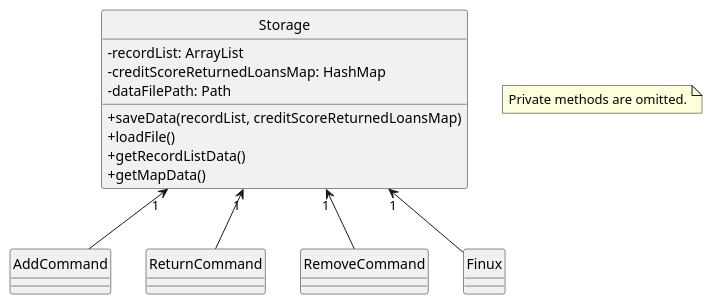
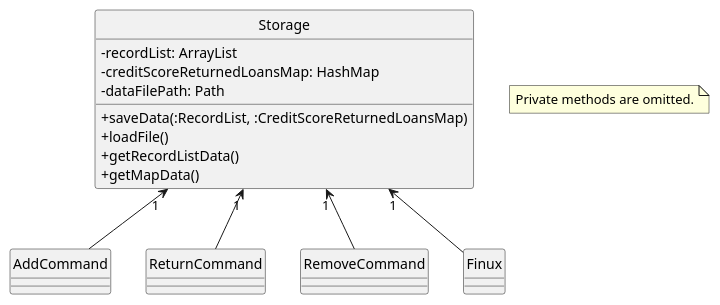
The diagram in docs/diagrams/StorageClassDiagram.puml (nus-cs2113-AY2021S2/tp), drawn with PlantUML before and after one commit. The commit also changed 4 other files, not shown here.

Commit message:
Updated UML diagrams and PPP

```diff
--- a/docs/diagrams/StorageClassDiagram.puml
+++ b/docs/diagrams/StorageClassDiagram.puml
@@ -1,32 +1,32 @@
 @startuml
 'https://plantuml.com/sequence-diagram
 skinparam classAttributeIconSize 0
 hide circle
 
 
 class Storage {
 - recordList: ArrayList
 - creditScoreReturnedLoansMap: HashMap
 - dataFilePath: Path
-+ saveData(recordList, creditScoreReturnedLoansMap)
++ saveData(:RecordList, :CreditScoreReturnedLoansMap)
 + loadFile()
 + getRecordListData()
 + getMapData()
 }
 
 note "Private methods are omitted." as N1
 
 class AddCommand {
 }
 
 class ReturnCommand {
 }
 
 class RemoveCommand {
 }
 
 Storage"1" <-- Finux
 Storage"1" <-- AddCommand
 Storage"1" <-- ReturnCommand
 Storage"1" <-- RemoveCommand
 @enduml
```
